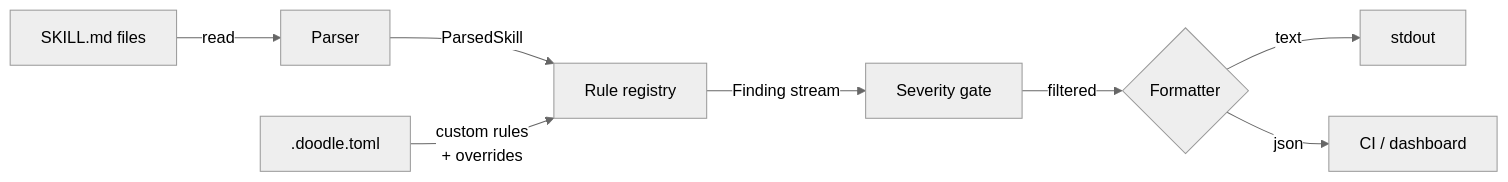
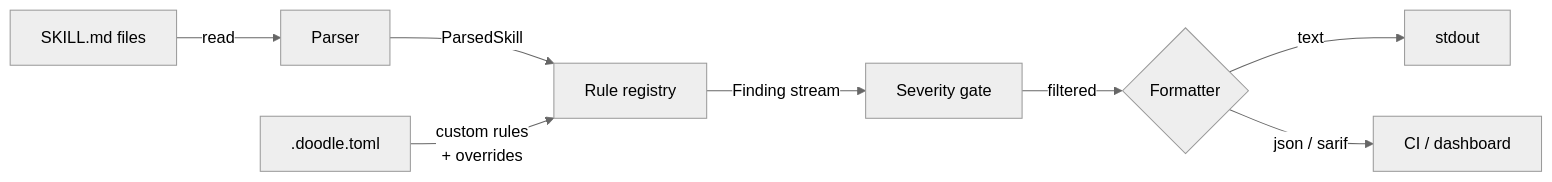
Before and after one commit to krishyaid-coder/doodle: the diagram in README.md, drawn with Mermaid (neutral theme). The commit also changed other lines of this file and 1 other file, not shown here.

````diff
--- a/README.md
+++ b/README.md
@@ -212,10 +138,10 @@
 ```mermaid
 flowchart LR
     A[SKILL.md files] -->|read| B[Parser]
     B -->|ParsedSkill| C[Rule registry]
     Cfg[.doodle.toml] -->|custom rules<br/>+ overrides| C
     C -->|Finding stream| D[Severity gate]
     D -->|filtered| E{Formatter}
     E -->|text| F[stdout]
-    E -->|json| G[CI / dashboard]
+    E -->|json / sarif| G[CI / dashboard]
 ```
````
